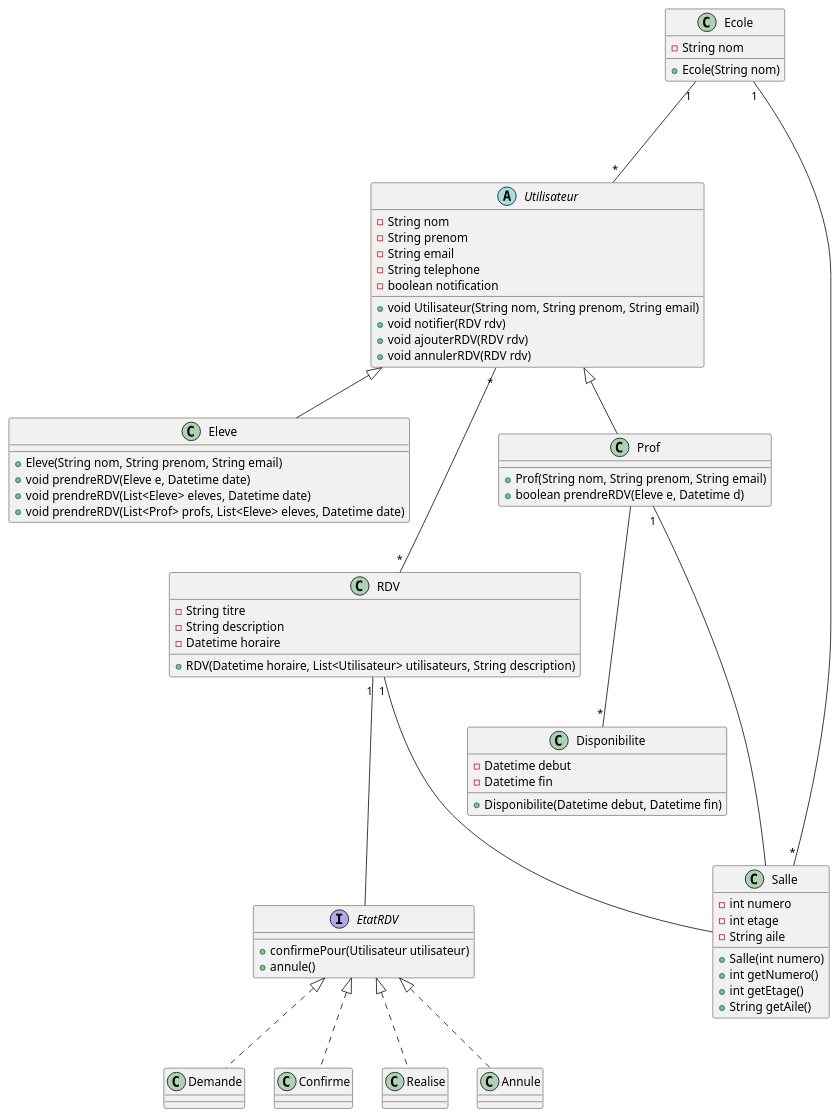
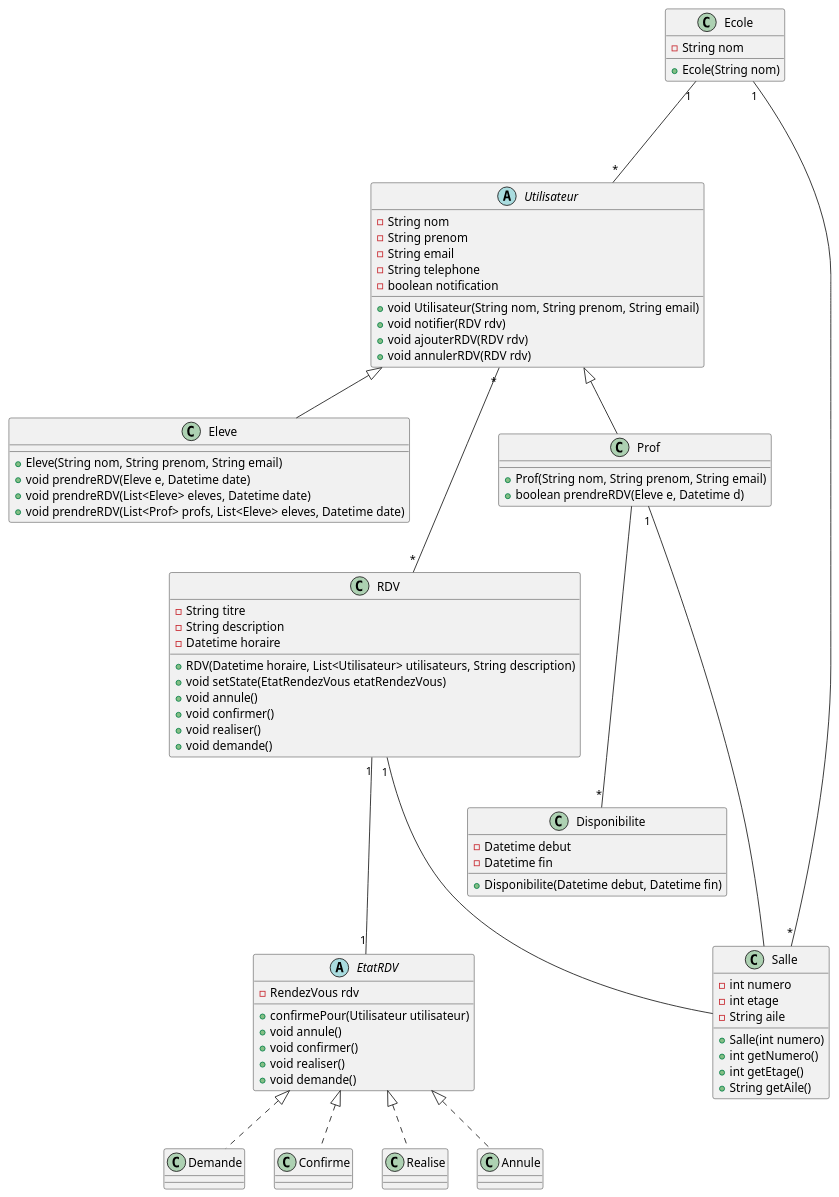
One commit to Jcz125/meeting-manager-app changed the diagram in Conception/DiagrameClasse.puml. Above: the diagram before and after it, drawn with PlantUML.

Commit message:
ajout dans le diagramme de classe

```diff
--- a/Conception/DiagrameClasse.puml
+++ b/Conception/DiagrameClasse.puml
@@ -1,95 +1,105 @@
 @startuml Diagramme de classe
 
 abstract class Utilisateur {
     - String nom
     - String prenom
     - String email
     - String telephone
     - boolean notification
     
     + void Utilisateur(String nom, String prenom, String email)
     + void notifier(RDV rdv)
     + void ajouterRDV(RDV rdv)
     + void annulerRDV(RDV rdv)
 }
 
 class Prof {
     + Prof(String nom, String prenom, String email)
     + boolean prendreRDV(Eleve e, Datetime d)
 }
 
 class Eleve {
     + Eleve(String nom, String prenom, String email)
     + void prendreRDV(Eleve e, Datetime date)
     + void prendreRDV(List<Eleve> eleves, Datetime date)
     + void prendreRDV(List<Prof> profs, List<Eleve> eleves, Datetime date)
 }
 
 class Disponibilite {
     - Datetime debut
     - Datetime fin
 
     + Disponibilite(Datetime debut, Datetime fin)
 }
 
 class RDV {
     - String titre
     - String description
     - Datetime horaire
+    
     + RDV(Datetime horaire, List<Utilisateur> utilisateurs, String description)
+    + void setState(EtatRendezVous etatRendezVous)
+    + void annule()
+    + void confirmer()
+    + void realiser()
+    + void demande()
 }
 
-Interface EtatRDV {
+abstract class EtatRDV {
+    - RendezVous rdv
     + confirmePour(Utilisateur utilisateur)
-    + annule()
+    + void annule()
+    + void confirmer()
+    + void realiser()
+    + void demande()
 }
 
 class Demande {
 }
 
 class Confirme {
 }
 
 class Realise {
 }
 
 class Annule {
 }
 
 
 class Ecole {
     - String nom
     + Ecole(String nom)
 }
 
 class Salle {
     - int numero
     - int etage
     - String aile
 
     + Salle(int numero)
     + int getNumero()
     + int getEtage()
     + String getAile()
 }
 
 
 Utilisateur "*" --- "*" RDV
 Ecole "1" --- "*" Utilisateur
 Ecole "1" --- "*" Salle
 
 
 EtatRDV <|.. Confirme
 EtatRDV <|.. Annule
 EtatRDV <|.. Realise
 EtatRDV <|.. Demande
 
-RDV "1" --- EtatRDV
+RDV "1" --- "1" EtatRDV
 RDV "1" --- Salle
 Prof "1" --- Salle
 
 Utilisateur  <|--  Prof
 Utilisateur  <|--  Eleve
 Prof --- "*" Disponibilite
 
 @enduml
```
